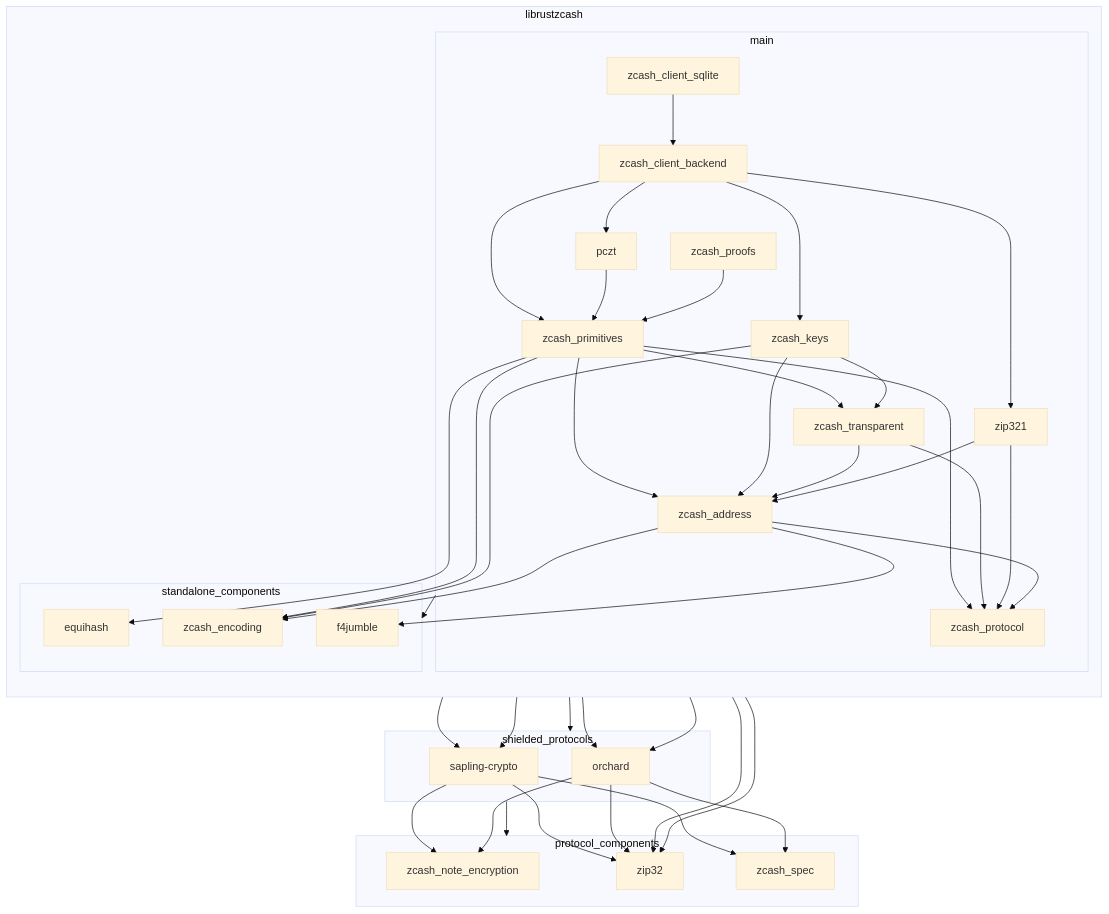
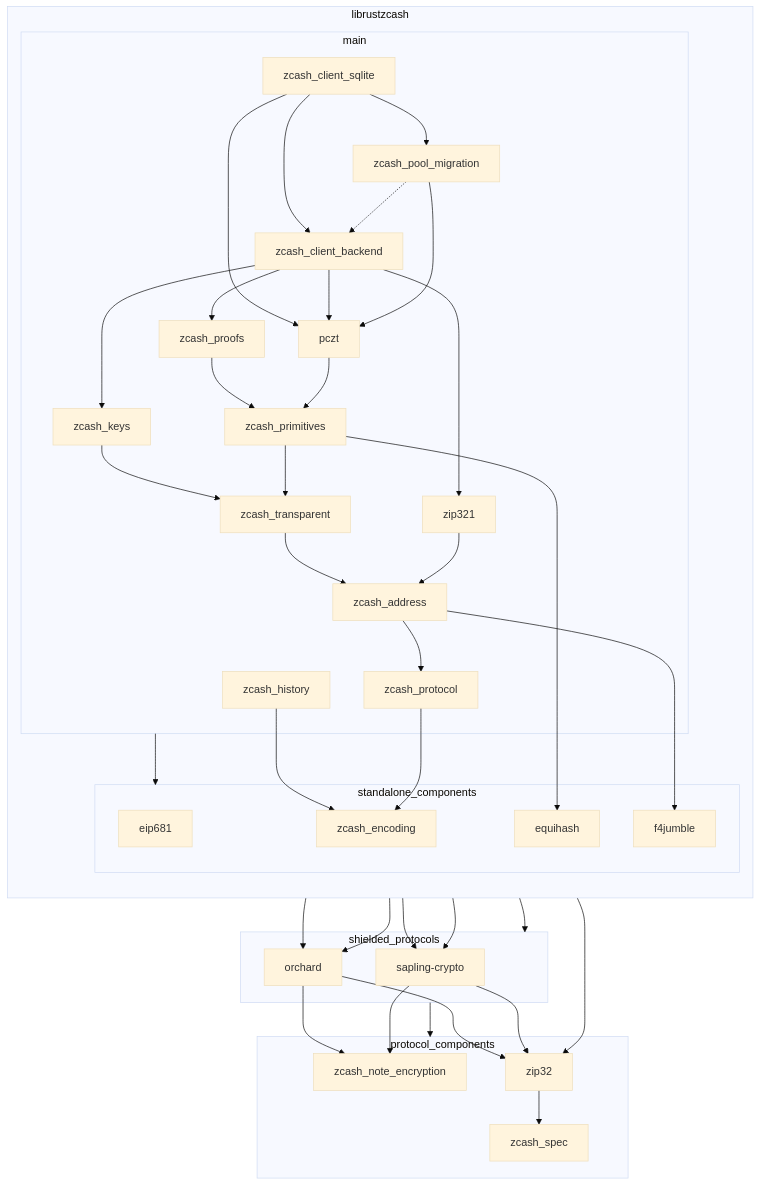
The diagram in librustzcash/README.md (ShieldedLabs/crosslink_monolith), drawn with Mermaid (base theme) before and after one commit. The commit also changed other lines of this file and 1250 other files, not shown here.

````diff
--- a/librustzcash/README.md
+++ b/librustzcash/README.md
@@ -8,92 +22,160 @@
     subgraph librustzcash
         direction TB
         subgraph main
-        zcash_address
-        zcash_primitives
-        zcash_transparent
-        zcash_proofs
-        zcash_protocol
-        pczt
-        zcash_client_backend
-        zcash_client_sqlite
-        zcash_keys
-        zip321
+            zcash_address
+            zcash_history
+            zcash_primitives
+            zcash_transparent
+            zcash_proofs
+            zcash_protocol
+            pczt
+            zcash_client_backend
+            zcash_client_sqlite
+            zcash_keys
+            zcash_pool_migration
+            zip321
         end
 
         subgraph standalone_components
-        equihash
-        f4jumble
-        zcash_encoding
+            eip681
+            equihash
+            f4jumble
+            zcash_encoding
         end
     end
 
     subgraph shielded_protocols
-    sapling[sapling-crypto]
-    orchard[orchard]
+        sapling-crypto
+        orchard
     end
 
     subgraph protocol_components
-    zcash_note_encryption
-    zip32
-    zcash_spec
+        zcash_note_encryption
+        zip32
+        zcash_spec
     end
 
+    %% Direct edges that also have a transitive path are left in (so the linter checks
+    %% they are deliberate edges) but commented out (to simplify the graph).
+
     zcash_client_sqlite --> zcash_client_backend
-    zcash_client_backend --> zcash_primitives
+
+    zcash_client_sqlite --> zcash_pool_migration
+
+    %% The base `pczt` data model backs the pool-migration schema backfills, in
+    %% every build configuration.
+    zcash_client_sqlite --> pczt
+
+    %% The `zcash_client_backend` dependency is gated on the `wallet` feature.
+    zcash_pool_migration -.-> zcash_client_backend
+
+    zcash_client_backend --> pczt
+    zcash_pool_migration --> pczt
+
+    %% zcash_client_sqlite --> zcash_keys
+    zcash_client_backend --> zcash_keys
+    %% zcash_pool_migration --> zcash_keys
+
+    zcash_client_backend --> zcash_proofs
+
+    zcash_proofs --> zcash_primitives
+    pczt --> zcash_primitives
+    %% zcash_client_backend --> zcash_primitives
+    %% zcash_client_sqlite --> zcash_primitives
+    %% zcash_pool_migration --> zcash_primitives
+
+    %% zcash_client_sqlite --> zcash_transparent
+    %% zcash_client_backend --> zcash_transparent
+    %% pczt --> zcash_transparent
+    zcash_keys --> zcash_transparent
+    zcash_primitives --> zcash_transparent
+
     zcash_client_backend --> zip321
-    zcash_client_backend --> zcash_keys
-    zcash_client_backend --> pczt
-    pczt --> zcash_primitives
-    zcash_proofs --> zcash_primitives
-    zcash_primitives --> zcash_protocol
+
+    zcash_transparent --> zcash_address
+    %% zcash_keys --> zcash_address
+    %% zcash_client_backend --> zcash_address
+    %% zcash_client_sqlite --> zcash_address
+    zip321 --> zcash_address
+
+    %% zcash_transparent --> zcash_protocol
+    %% zcash_keys --> zcash_protocol
+    %% zcash_client_sqlite --> zcash_protocol
+    %% zcash_primitives --> zcash_protocol
+    %% zcash_client_backend --> zcash_protocol
+    %% pczt --> zcash_protocol
+    zcash_address --> zcash_protocol
+    %% zip321 --> zcash_protocol
+    %% zcash_pool_migration --> zcash_protocol
+
+    %% zcash_client_sqlite --> zcash_encoding
+    %% zcash_transparent --> zcash_encoding
+    %% zcash_client_backend --> zcash_encoding
+    %% zcash_keys --> zcash_encoding
+    %% zcash_primitives --> zcash_encoding
+    %% zcash_address --> zcash_encoding
+    zcash_history --> zcash_encoding
+    zcash_protocol --> zcash_encoding
+
     zcash_primitives --> equihash
-    zcash_primitives --> zcash_encoding
-    zcash_primitives --> zcash_address
-    zcash_primitives --> zcash_transparent
-    zcash_primitives --> sapling
+    zcash_address --> f4jumble
+
+    %% zcash_client_backend --> orchard
+    %% pczt --> orchard
+    zcash_keys --> orchard
     zcash_primitives --> orchard
-    zcash_keys --> zcash_address
-    zcash_keys --> zcash_encoding
-    zcash_keys --> zip32
-    zcash_keys --> zcash_transparent
-    zcash_keys --> orchard
-    zcash_keys --> sapling
-    zcash_transparent --> zcash_protocol
-    zcash_transparent --> zcash_address
+    %% zcash_client_sqlite --> orchard
+    %% zcash_pool_migration --> orchard
+
+    %% zcash_client_sqlite --> sapling-crypto
+    %% zcash_client_backend --> sapling-crypto
+    zcash_keys --> sapling-crypto
+    %% zcash_proofs --> sapling-crypto
+    zcash_primitives --> sapling-crypto
+    %% pczt --> sapling-crypto
+
+    orchard --> zcash_note_encryption
+    sapling-crypto --> zcash_note_encryption
+    %% zcash_primitives --> zcash_note_encryption
+    %% pczt --> zcash_note_encryption
+    %% zcash_client_backend --> zcash_note_encryption
+
+    %% zcash_client_sqlite --> zip32
+    %% zcash_pool_migration --> zip32
+    %% zcash_client_backend --> zip32
+    %% zcash_keys --> zip32
+    orchard --> zip32
+    sapling-crypto --> zip32
     zcash_transparent --> zip32
-    zip321 --> zcash_address
-    zip321 --> zcash_protocol
-    zcash_address --> zcash_protocol
-    zcash_address --> f4jumble
-    zcash_address --> zcash_encoding
-    sapling --> zcash_note_encryption
-    sapling --> zip32
-    sapling --> zcash_spec
-    orchard --> zcash_note_encryption
-    orchard --> zip32
-    orchard --> zcash_spec
+
+    %% zcash_transparent --> zcash_spec
+    %% orchard --> zcash_spec
+    %% sapling-crypto --> zcash_spec
+    zip32 --> zcash_spec
 
     main --> standalone_components
 
     librustzcash --> shielded_protocols
     shielded_protocols --> protocol_components
 
+    click equihash "https://docs.rs/equihash/" _blank
+    click f4jumble "https://docs.rs/f4jumble/" _blank
+    click orchard "https://docs.rs/orchard/" _blank
+    click pczt "https://docs.rs/pczt/" _blank
+    click sapling-crypto "https://docs.rs/sapling-crypto/" _blank
     click zcash_address "https://docs.rs/zcash_address/" _blank
+    click zcash_encoding "https://docs.rs/zcash_encoding/" _blank
+    click zcash_client_backend "https://docs.rs/zcash_client_backend/" _blank
+    click zcash_client_sqlite "https://docs.rs/zcash_client_sqlite/" _blank
+    click zcash_keys "https://docs.rs/zcash_keys/" _blank
+    click zcash_note_encryption "https://docs.rs/zcash_note_encryption/" _blank
+    click zcash_pool_migration "https://docs.rs/zcash_pool_migration/" _blank
     click zcash_primitives "https://docs.rs/zcash_primitives/" _blank
-    click zcash_transparent "https://docs.rs/zcash_transparent/" _blank
     click zcash_proofs "https://docs.rs/zcash_proofs/" _blank
     click zcash_protocol "https://docs.rs/zcash_protocol/" _blank
-    click zcash_keys "https://docs.rs/zcash_keys/" _blank
+    click zcash_spec "https://docs.rs/zcash_spec/" _blank
+    click zcash_transparent "https://docs.rs/zcash_transparent/" _blank
     click zip321 "https://docs.rs/zip321/" _blank
-    click pczt "https://docs.rs/pczt/" _blank
-    click zcash_client_backend "https://docs.rs/zcash_client_backend/" _blank
-    click zcash_client_sqlite "https://docs.rs/zcash_client_sqlite/" _blank
-    click equihash "https://docs.rs/equihash/" _blank
-    click f4jumble "https://docs.rs/f4jumble/" _blank
-    click zcash_encoding "https://docs.rs/zcash_encoding/" _blank
-    click sapling "https://docs.rs/sapling-crypto/" _blank
-    click orchard "https://docs.rs/orchard/" _blank
-    click zcash_note_encryption "https://docs.rs/zcash_note_encryption/" _blank
     click zip32 "https://docs.rs/zip32/" _blank
-    click zcash_spec "https://docs.rs/zcash_spec/" _blank
+    click zcash_history "https://docs.rs/zcash_history/" _blank
 ```
````
